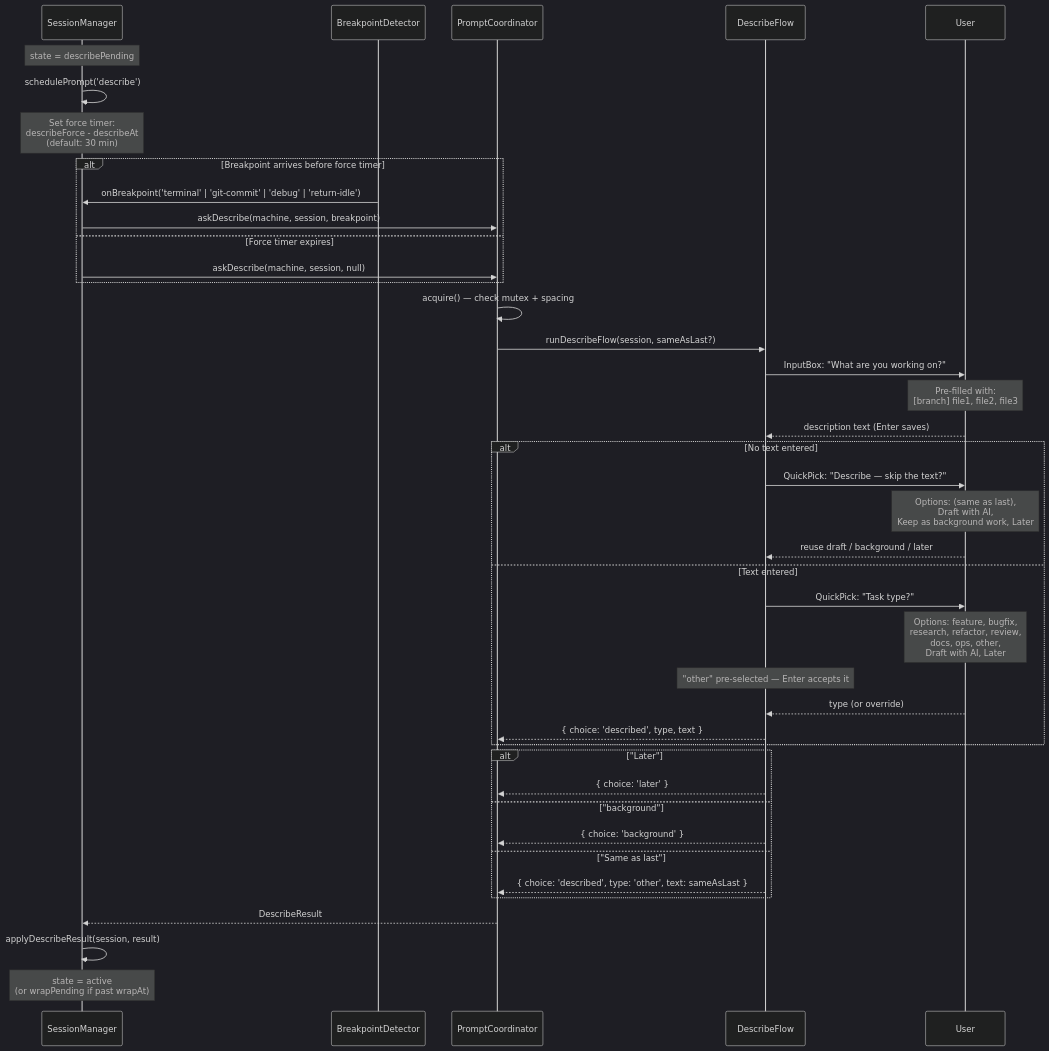
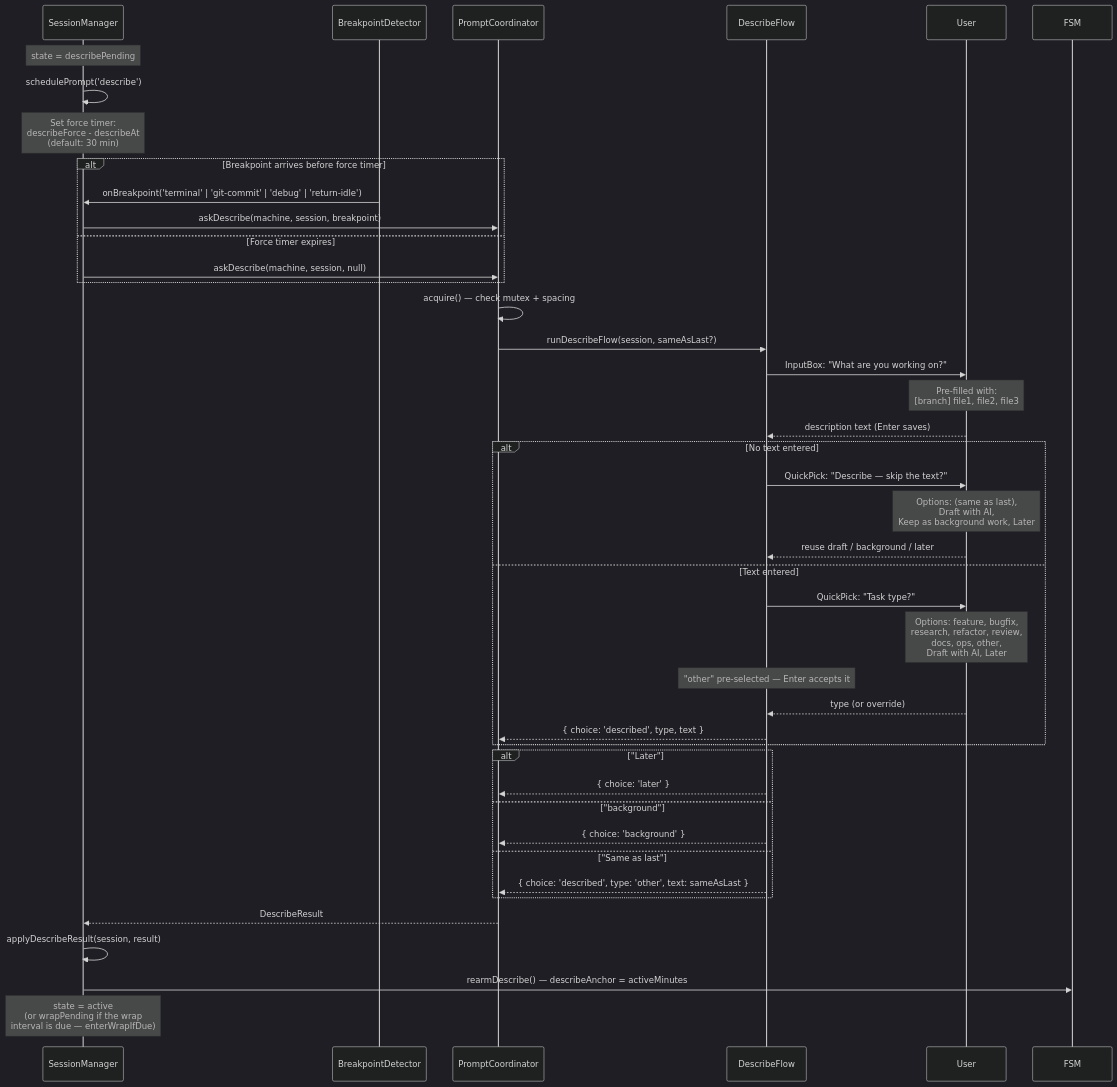
Before and after one commit to lawaty/lalog: the fifth of 7 diagrams in docs/architecture.md, drawn with Mermaid (dark theme). The commit also changed other lines of this file and 10 other files, not shown here.

````diff
--- a/docs/architecture.md
+++ b/docs/architecture.md
@@ -343,50 +352,51 @@
 ```mermaid
 sequenceDiagram
     participant SM as SessionManager
     participant BD as BreakpointDetector
     participant PC as PromptCoordinator
     participant DF as DescribeFlow
     participant User as User
 
     Note over SM: state = describePending
 
     SM->>SM: schedulePrompt('describe')
     Note over SM: Set force timer:<br/>describeForce - describeAt<br/>(default: 30 min)
 
     alt Breakpoint arrives before force timer
         BD->>SM: onBreakpoint('terminal' | 'git-commit' | 'debug' | 'return-idle')
         SM->>PC: askDescribe(machine, session, breakpoint)
     else Force timer expires
         SM->>PC: askDescribe(machine, session, null)
     end
 
     PC->>PC: acquire() — check mutex + spacing
     PC->>DF: runDescribeFlow(session, sameAsLast?)
     DF->>User: InputBox: "What are you working on?"
     Note over User: Pre-filled with:<br/>[branch] file1, file2, file3
     User-->>DF: description text (Enter saves)
 
     alt No text entered
         DF->>User: QuickPick: "Describe — skip the text?"
         Note over User: Options: (same as last),<br/>Draft with AI,<br/>Keep as background work, Later
         User-->>DF: reuse draft / background / later
     else Text entered
         DF->>User: QuickPick: "Task type?"
         Note over User: Options: feature, bugfix,<br/>research, refactor, review,<br/>docs, ops, other,<br/>Draft with AI, Later
         Note over DF: "other" pre-selected — Enter accepts it
         User-->>DF: type (or override)
         DF-->>PC: { choice: 'described', type, text }
     end
 
     alt "Later"
         DF-->>PC: { choice: 'later' }
     else "background"
         DF-->>PC: { choice: 'background' }
     else "Same as last"
         DF-->>PC: { choice: 'described', type: 'other', text: sameAsLast }
     end
 
     PC-->>SM: DescribeResult
     SM->>SM: applyDescribeResult(session, result)
-    Note over SM: state = active<br/>(or wrapPending if past wrapAt)
+    SM->>FSM: rearmDescribe() — describeAnchor = activeMinutes
+    Note over SM: state = active<br/>(or wrapPending if the wrap<br/>interval is due — enterWrapIfDue)
 ```
````
